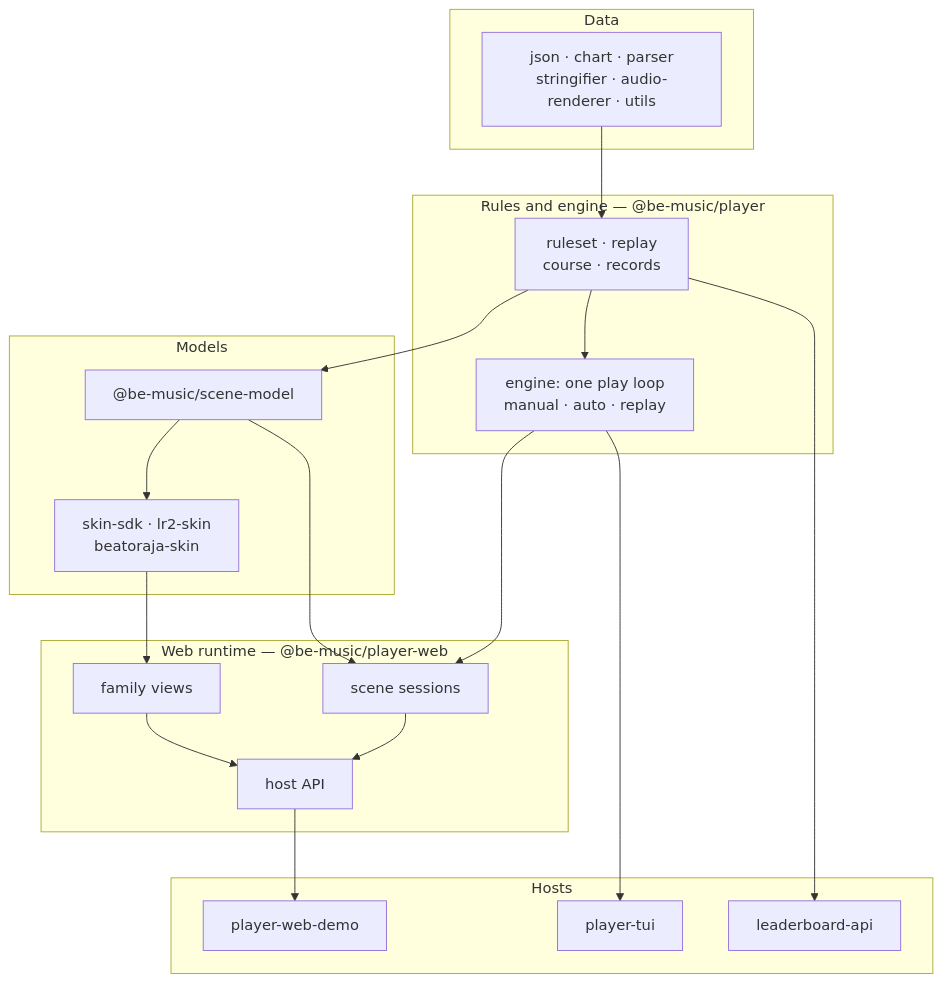
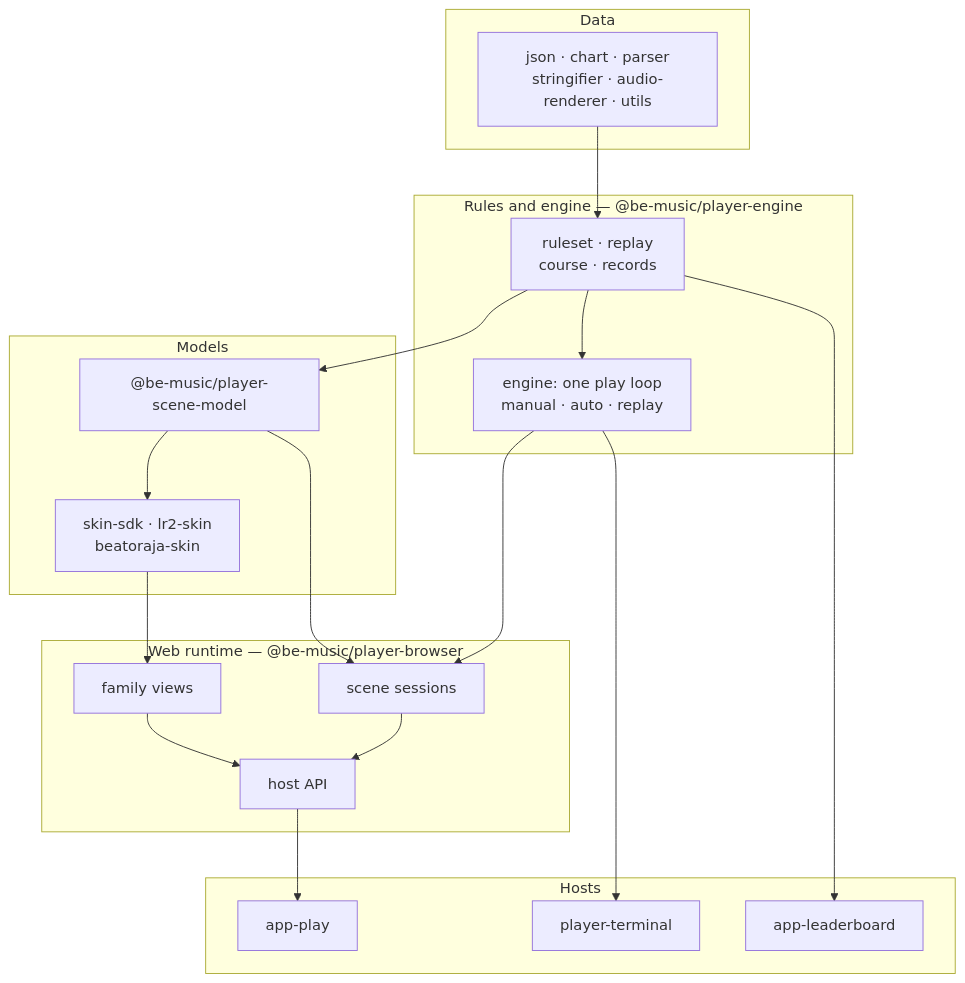
Before and after one commit to nulltask/be-music: the third of 3 diagrams in docs/architecture.md, drawn with Mermaid. The commit also changed other lines of this file and 2542 other files, not shown here.

````diff
--- a/docs/architecture.md
+++ b/docs/architecture.md
@@ -179,35 +179,35 @@
 ```mermaid
 flowchart TD
   subgraph data["Data"]
     d["json · chart · parser<br/>stringifier · audio-renderer · utils"]
   end
-  subgraph domain["Rules and engine — @be-music/player"]
+  subgraph domain["Rules and engine — @be-music/player-engine"]
     rules["ruleset · replay<br/>course · records"]
     engine["engine: one play loop<br/>manual · auto · replay"]
   end
   subgraph models["Models"]
-    scene["@be-music/scene-model"]
+    scene["@be-music/player-scene-model"]
     skins["skin-sdk · lr2-skin<br/>beatoraja-skin"]
   end
-  subgraph web["Web runtime — @be-music/player-web"]
+  subgraph web["Web runtime — @be-music/player-browser"]
     sessions["scene sessions"]
     views["family views"]
     hostApi["host API"]
   end
   subgraph hosts["Hosts"]
-    demo["player-web-demo"]
-    tui["player-tui"]
-    lb["leaderboard-api"]
+    demo["app-play"]
+    tui["player-terminal"]
+    lb["app-leaderboard"]
   end
 
   d --> rules --> engine
   rules --> scene --> skins
   engine --> sessions
   scene --> sessions
   skins --> views
   sessions --> hostApi
   views --> hostApi
   hostApi --> demo
   engine --> tui
   rules --> lb
 ```
````
